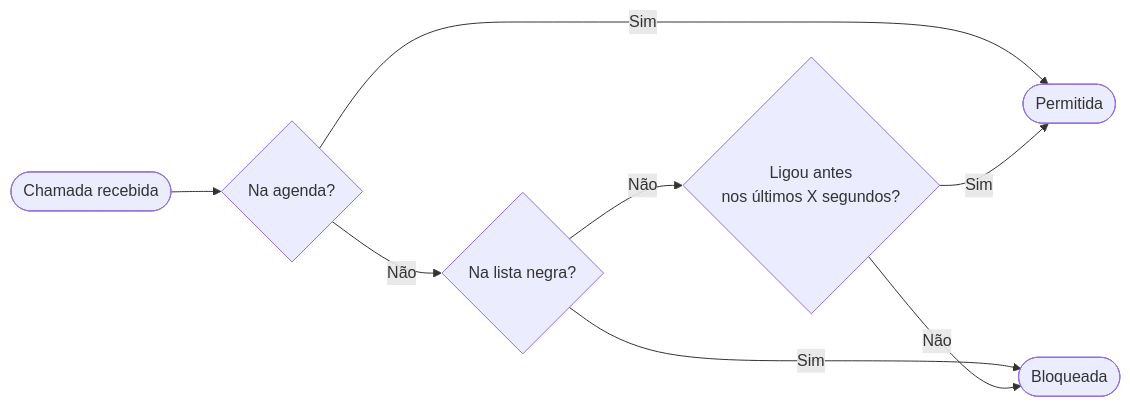
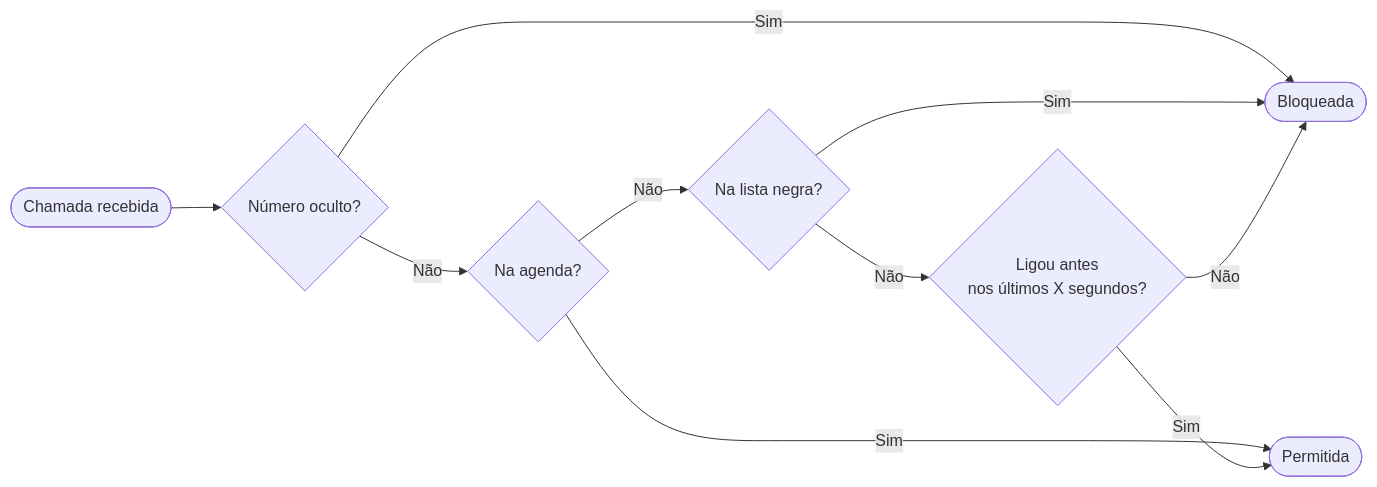
Before and after one commit to acdcmaia/call-guard: the diagram in README.md, drawn with Mermaid. The commit also changed other lines of this file and 5 other files, not shown here.

First line of the commit message:
feat: bloquear chamadas com número oculto via getHandlePresentation()

````diff
--- a/README.md
+++ b/README.md
@@ -7,10 +7,12 @@
 ```mermaid
 flowchart LR
-    A([Chamada recebida]) --> CK{Na agenda?}
+    A([Chamada recebida]) --> P{Número oculto?}
+    P -- Sim --> C([Bloqueada])
+    P -- Não --> CK{Na agenda?}
     CK -- Sim --> E([Permitida])
     CK -- Não --> B{Na lista negra?}
-    B -- Sim --> C([Bloqueada])
+    B -- Sim --> C
     B -- Não --> D{Ligou antes\nnos últimos X segundos?}
     D -- Não --> C
     D -- Sim --> E
 ```
````
